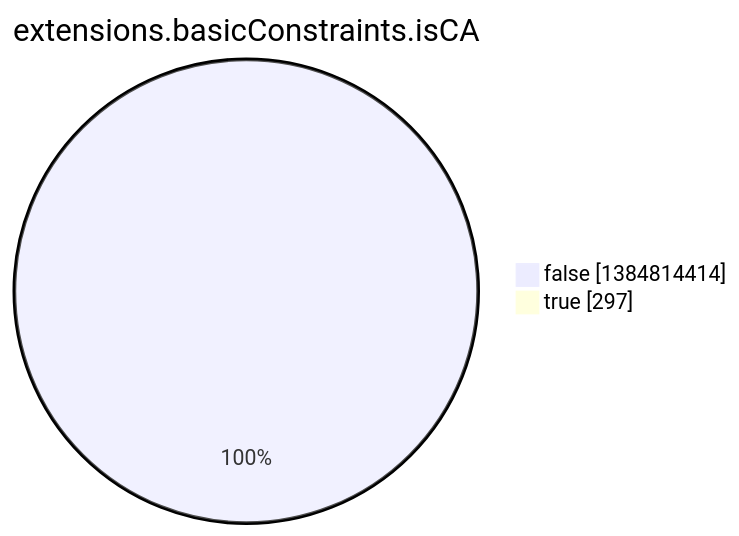
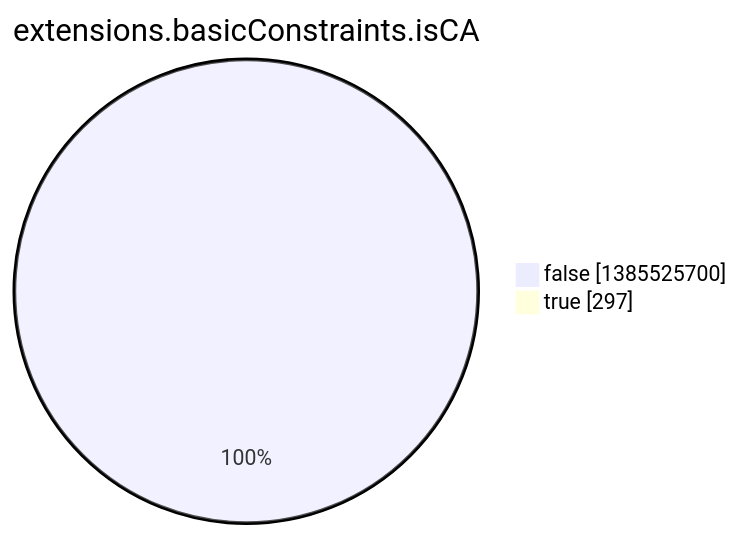
One commit to christiankrug/ctmonitor_visualization changed the eighth of 15 diagrams in argon2022/README.md. Above: the diagram before and after it, drawn with Mermaid. The commit also changed other lines of this file, not shown here.

````diff
--- a/argon2022/README.md
+++ b/argon2022/README.md
@@ -2759,6 +2759,6 @@
 ```mermaid
 pie showData
 title extensions.basicConstraints.isCA
-"false" :1384814414
+"false" :1385525700
 "true" :297
 ```
````
